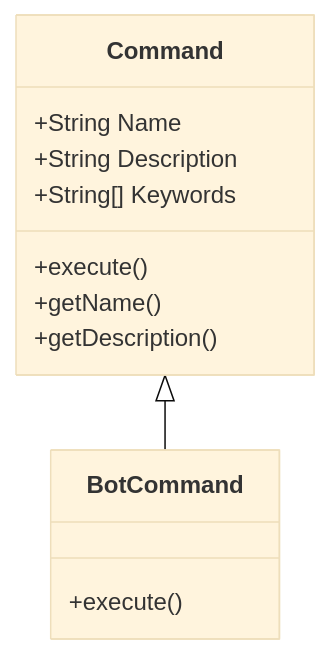
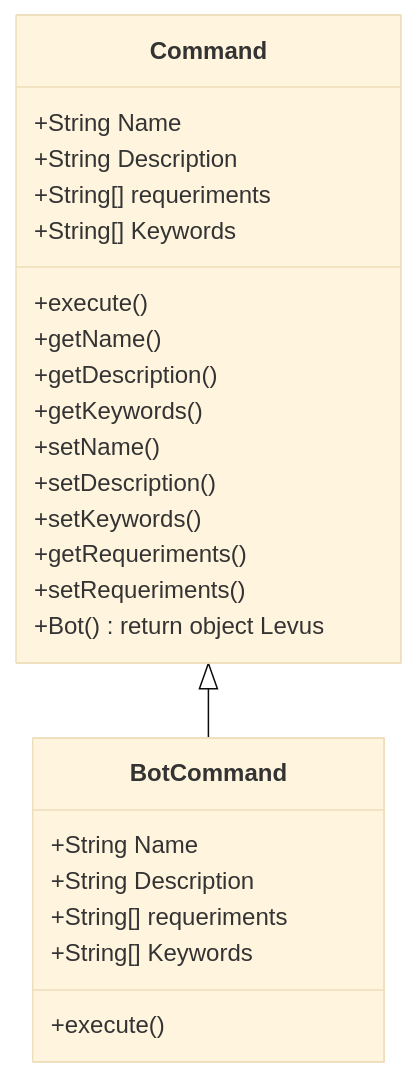
Before and after one commit to Just253/Levus: the fifth of 5 diagrams in diagram/mermaid.md, drawn with Mermaid (base theme). The commit also changed other lines of this file and 6 other files, not shown here.

````diff
--- a/diagram/mermaid.md
+++ b/diagram/mermaid.md
@@ -129,15 +119,28 @@
 ```mermaid
 classDiagram
     class Command{
         +String Name
         +String Description
+        +String[] requeriments
         +String[] Keywords
         +execute()
         +getName()
         +getDescription()
+        +getKeywords()
+        +setName()
+        +setDescription()
+        +setKeywords()
+        +getRequeriments()
+        +setRequeriments()
+        +Bot() return object Levus
     }
     class BotCommand{
+        +String Name
+        +String Description
+        +String[] requeriments
+        +String[] Keywords
+
         +execute()
     }
     Command <|-- BotCommand
 ```
````
